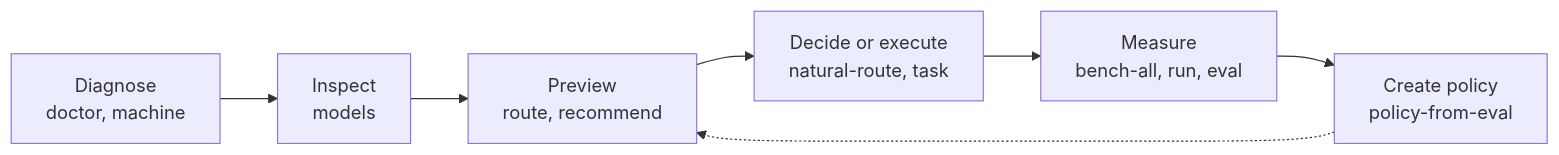
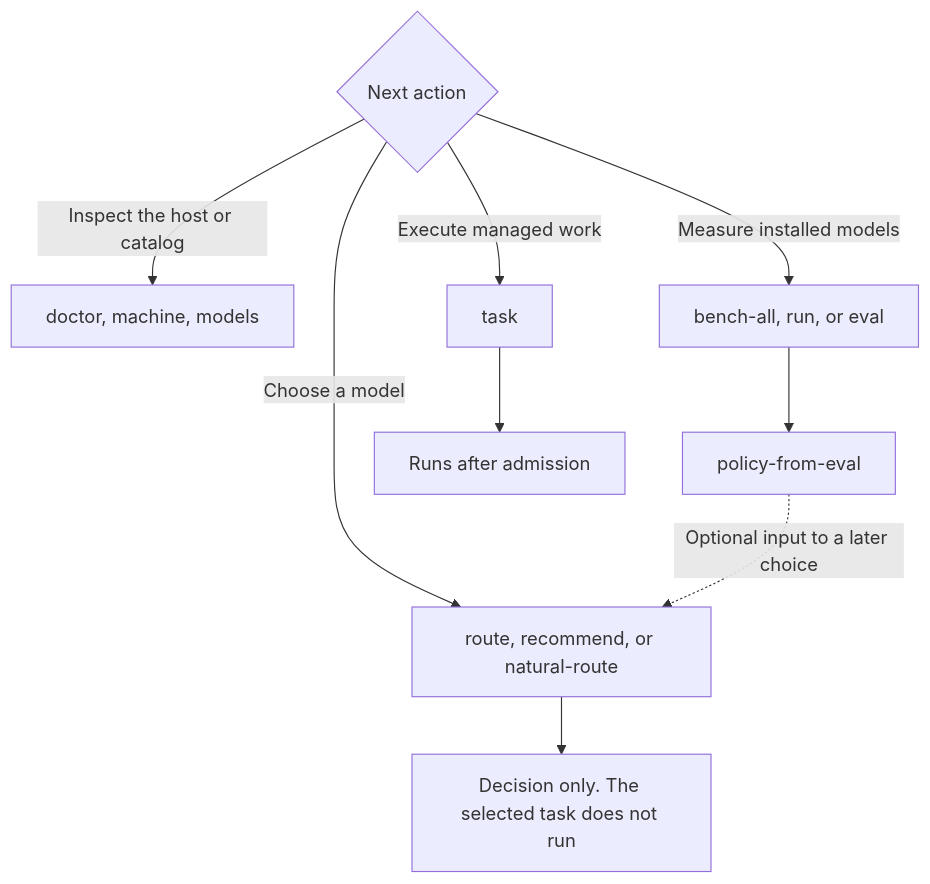
The second of 4 diagrams in README.md (bgauryy/FreeLlama), drawn with Mermaid before and after one commit. The commit also changed other lines of this file and 125 other files, not shown here.

````diff
--- a/README.md
+++ b/README.md
@@ -424,9 +421,12 @@
 ```mermaid
-flowchart LR
-    D["Diagnose<br/>doctor, machine"] --> I["Inspect<br/>models"]
-    I --> P["Preview<br/>route, recommend"]
-    P --> E["Decide or execute<br/>natural-route, task"]
-    E --> M["Measure<br/>bench-all, run, eval"]
-    M --> Y["Create policy<br/>policy-from-eval"]
-    Y -.-> P
+flowchart TD
+    GOAL{"Next action"}
+    GOAL -->|"Inspect the host or catalog"| DOC["doctor, machine, models"]
+    GOAL -->|"Choose a model"| PRE["route, recommend, or natural-route"]
+    GOAL -->|"Execute managed work"| TASK["task"]
+    GOAL -->|"Measure installed models"| EV["bench-all, run, or eval"]
+    PRE --> PLAN["Decision only. The selected task does not run"]
+    EV --> POL["policy-from-eval"]
+    POL -.->|"Optional input to a later choice"| PRE
+    TASK --> REC["Runs after admission"]
 ```
````
